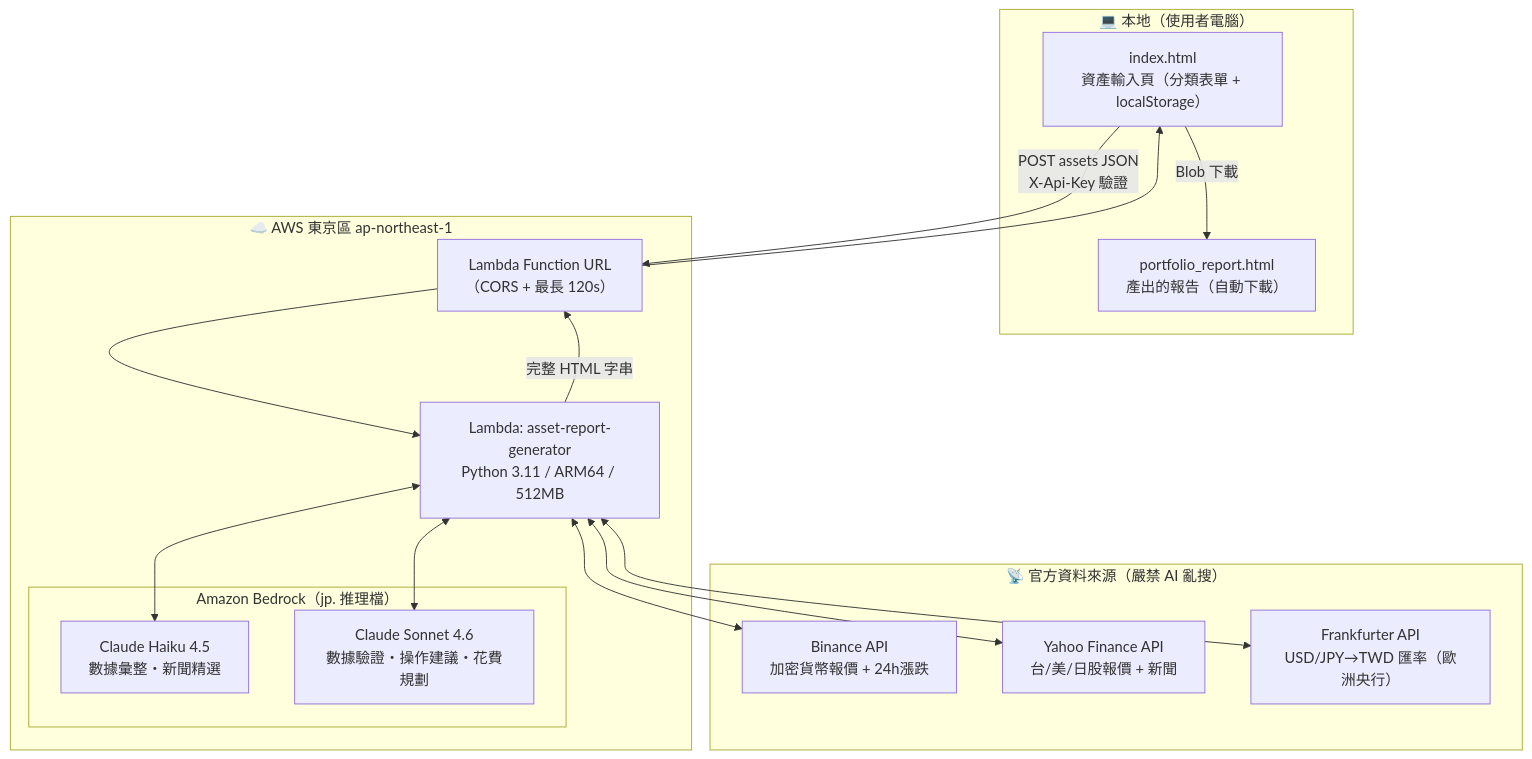
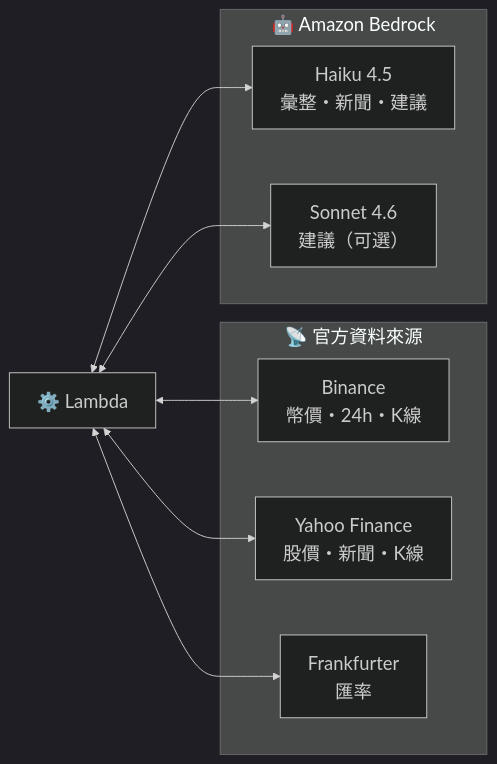
Before and after one commit to burma2005/asset-report-bot: the second of 3 diagrams in README.md, drawn with Mermaid. The commit also changed other lines of this file and 6 other files, not shown here.

First line of the commit message:
feat: dark theme, candlestick charts, cost cuts, scenario memes

````diff
--- a/README.md
+++ b/README.md
@@ -10,30 +25,19 @@
 ```mermaid
-flowchart TB
-    subgraph Local["💻 本地（使用者電腦）"]
-        UI["index.html<br/>資產輸入頁（分類表單 + localStorage）"]
-        RPT["portfolio_report.html<br/>產出的報告（自動下載）"]
+%%{init: {'theme':'dark', 'themeVariables': {'fontSize':'20px'}, 'flowchart': {'nodeSpacing': 60, 'rankSpacing': 70}}}%%
+flowchart LR
+    LB["⚙️ Lambda"]
+
+    subgraph APIs["📡 官方資料來源"]
+        BN["Binance<br/>幣價・24h・K線"]
+        YF["Yahoo Finance<br/>股價・新聞・K線"]
+        FK["Frankfurter<br/>匯率"]
     end
 
-    subgraph AWS["☁️ AWS 東京區 ap-northeast-1"]
-        FURL["Lambda Function URL<br/>（CORS + 最長 120s）"]
-        LB["Lambda: asset-report-generator<br/>Python 3.11 / ARM64 / 512MB"]
-
-        subgraph Bedrock["Amazon Bedrock（jp. 推理檔）"]
-            HK["Claude Haiku 4.5<br/>數據彙整・新聞精選"]
-            SN["Claude Sonnet 4.6<br/>數據驗證・操作建議・花費規劃"]
-        end
+    subgraph AI["🤖 Amazon Bedrock"]
+        HK["Haiku 4.5<br/>彙整・新聞・建議"]
+        SN["Sonnet 4.6<br/>建議（可選）"]
     end
 
-    subgraph APIs["📡 官方資料來源（嚴禁 AI 亂搜）"]
-        BN["Binance API<br/>加密貨幣報價 + 24h漲跌"]
-        YF["Yahoo Finance API<br/>台/美/日股報價 + 新聞"]
-        FK["Frankfurter API<br/>USD/JPY→TWD 匯率（歐洲央行）"]
-    end
-
-    UI -- "POST assets JSON<br/>X-Api-Key 驗證" --> FURL
-    FURL --> LB
     LB <--> BN & YF & FK
     LB <--> HK & SN
-    LB -- "完整 HTML 字串" --> FURL --> UI
-    UI -- "Blob 下載" --> RPT
 ```
````
